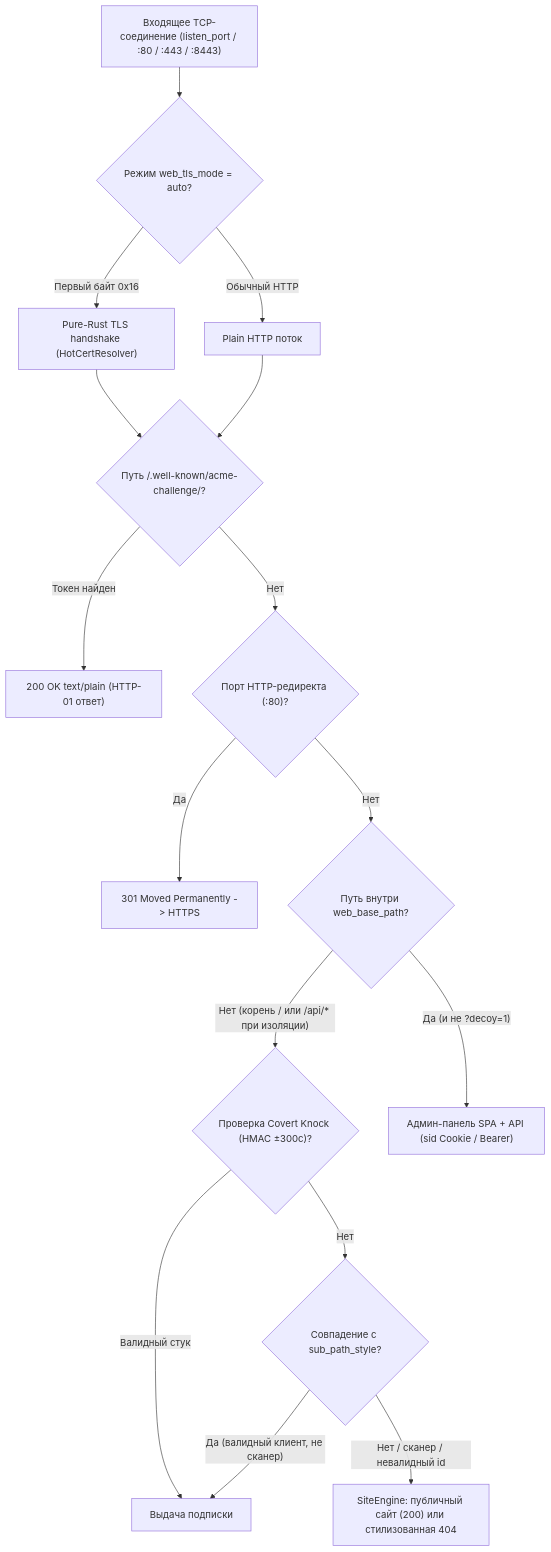
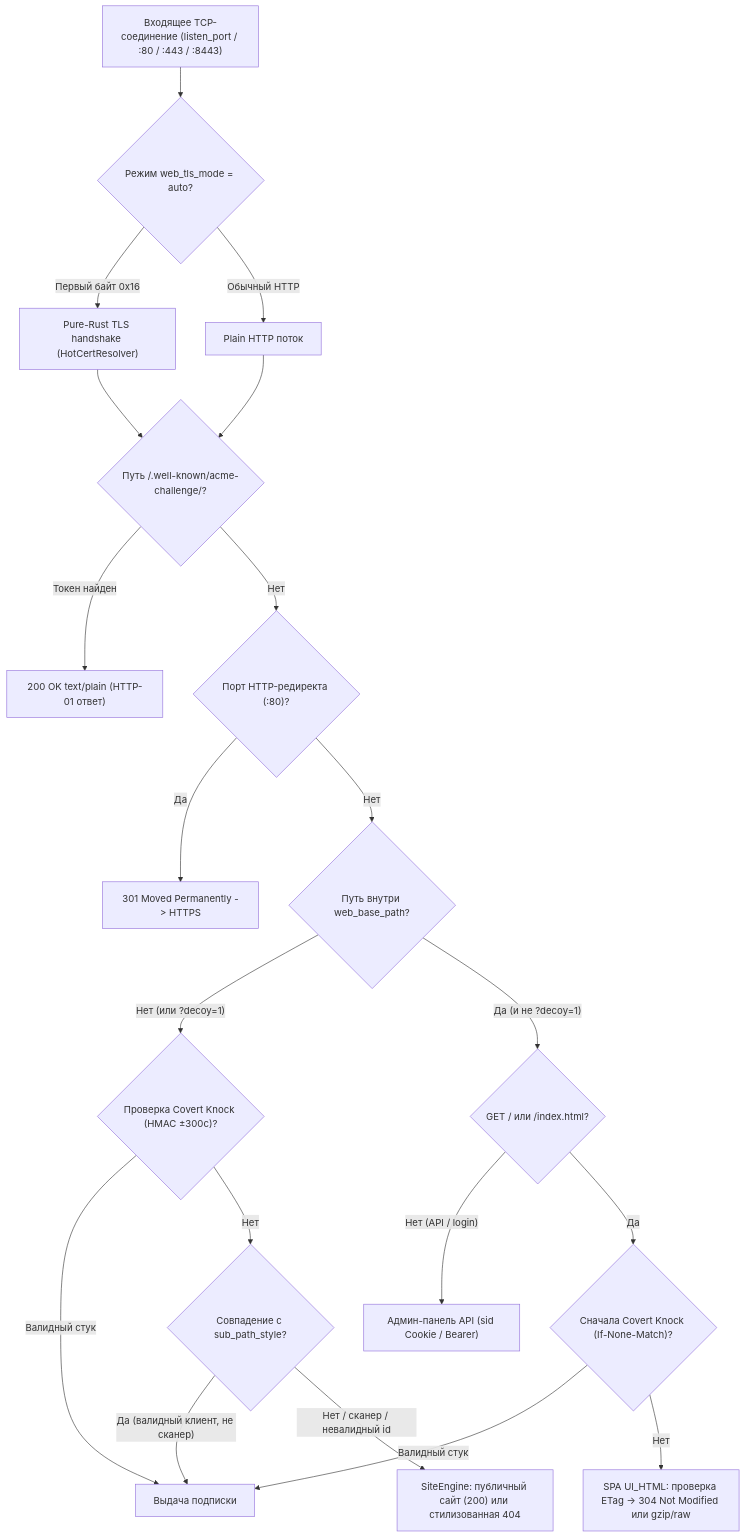
Before and after one commit to Dushnilin/tachyon-ui-docs: the first of 2 diagrams in docs/ru/02-stealth-web-domain-tls.md, drawn with Mermaid. The commit also changed other lines of this file and 16 other files, not shown here.

Commit message:
docs: sync bilingual RU/EN documentation to v0.4.5 (SmartDNS, cluster, Covert Knock)

````diff
--- a/docs/ru/02-stealth-web-domain-tls.md
+++ b/docs/ru/02-stealth-web-domain-tls.md
@@ -11,18 +11,22 @@
 ```mermaid
 flowchart TD
     IN["Входящее TCP-соединение (listen_port / :80 / :443 / :8443)"] --> PEEK{"Режим web_tls_mode = auto?"}
     PEEK -->|"Первый байт 0x16"| TLS["Pure-Rust TLS handshake (HotCertResolver)"]
     PEEK -->|"Обычный HTTP"| PLAIN["Plain HTTP поток"]
     TLS --> ACME{"Путь /.well-known/acme-challenge/?"}
     PLAIN --> ACME
     ACME -->|"Токен найден"| ACME_OK["200 OK text/plain (HTTP-01 ответ)"]
     ACME -->|"Нет"| REDIR{"Порт HTTP-редиректа (:80)?"}
     REDIR -->|"Да"| R301["301 Moved Permanently -> HTTPS"]
     REDIR -->|"Нет"| SCOPE{"Путь внутри web_base_path?"}
-    SCOPE -->|"Нет (корень / или /api/* при изоляции)"| KNOCK{"Проверка Covert Knock (HMAC ±300с)?"}
-    SCOPE -->|"Да (и не ?decoy=1)"| PANEL["Админ-панель SPA + API (sid Cookie / Bearer)"]
-    KNOCK -->|"Валидный стук"| SUB_OUT["Выдача подписки"]
+    SCOPE -->|"Нет (или ?decoy=1)"| KNOCK{"Проверка Covert Knock (HMAC ±300с)?"}
+    SCOPE -->|"Да (и не ?decoy=1)"| ROOT_CHK{"GET / или /index.html?"}
+    ROOT_CHK -->|"Нет (API / login)"| PANEL["Админ-панель API (sid Cookie / Bearer)"]
+    ROOT_CHK -->|"Да"| KNOCK_SPA{"Сначала Covert Knock (If-None-Match)?"}
+    KNOCK_SPA -->|"Валидный стук"| SUB_OUT["Выдача подписки"]
+    KNOCK_SPA -->|"Нет"| UI_CACHE["SPA UI_HTML: проверка ETag -> 304 Not Modified или gzip/raw"]
+    KNOCK -->|"Валидный стук"| SUB_OUT
     KNOCK -->|"Нет"| SUBPATH{"Совпадение с sub_path_style?"}
     SUBPATH -->|"Да (валидный клиент, не сканер)"| SUB_OUT
     SUBPATH -->|"Нет / сканер / невалидный id"| SITE["SiteEngine: публичный сайт (200) или стилизованная 404"]
 ```
````
